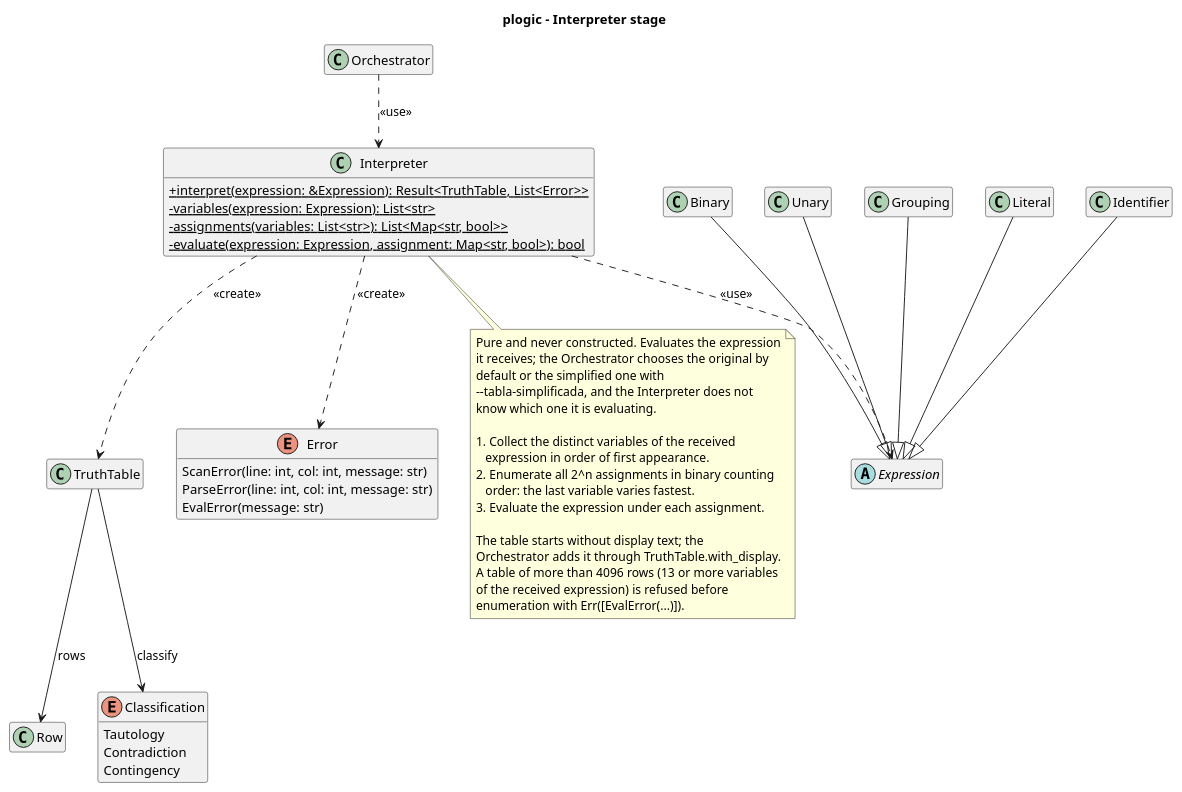
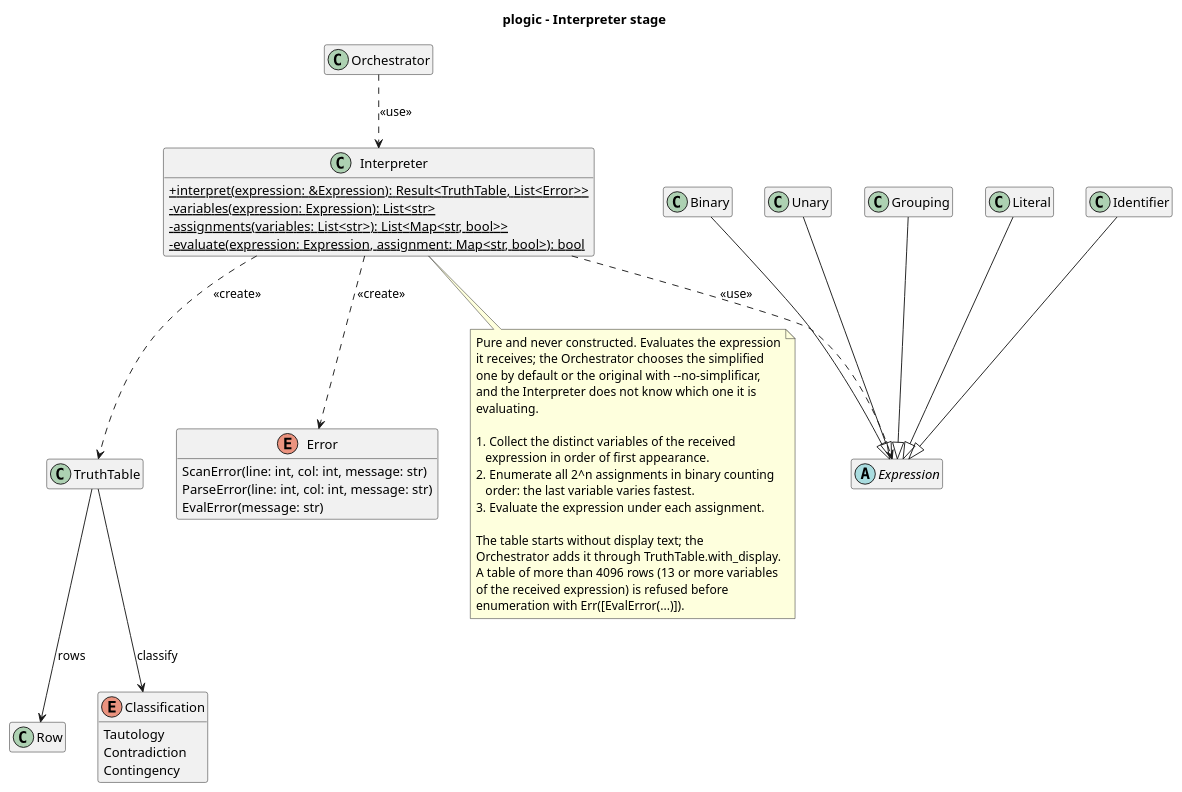
One commit to Josgtg/plogic changed the diagram in design/diagrams/interpreter_class.puml. Above: the diagram before and after it, drawn with PlantUML. The commit also changed 14 other files, not shown here.

Commit message:
design: document simplified-by-default tables and the new flags

```diff
--- a/design/diagrams/interpreter_class.puml
+++ b/design/diagrams/interpreter_class.puml
@@ -1,78 +1,78 @@
 @startuml interpreter_class
 title plogic - Interpreter stage
 
 skinparam classAttributeIconSize 0
 hide empty members
 
 class Orchestrator
 
 class Interpreter {
   +{static} interpret(expression: &Expression): Result<TruthTable, List<Error>>
   -{static} variables(expression: Expression): List<str>
   -{static} assignments(variables: List<str>): List<Map<str, bool>>
   -{static} evaluate(expression: Expression, assignment: Map<str, bool>): bool
 }
 
 abstract class Expression
 
 class Binary
 
 class Unary
 
 class Grouping
 
 class Literal
 
 class Identifier
 
 class TruthTable
 
 class Row
 
 enum Classification {
   Tautology
   Contradiction
   Contingency
 }
 
 enum Error {
   ScanError(line: int, col: int, message: str)
   ParseError(line: int, col: int, message: str)
   EvalError(message: str)
 }
 
 note bottom of Interpreter
   Pure and never constructed. Evaluates the expression
-  it receives; the Orchestrator chooses the original by
-  default or the simplified one with
-  --tabla-simplificada, and the Interpreter does not
-  know which one it is evaluating.
+  it receives; the Orchestrator chooses the simplified
+  one by default or the original with --no-simplificar,
+  and the Interpreter does not know which one it is
+  evaluating.
 
   1. Collect the distinct variables of the received
      expression in order of first appearance.
   2. Enumerate all 2^n assignments in binary counting
      order: the last variable varies fastest.
   3. Evaluate the expression under each assignment.
 
   The table starts without display text; the
   Orchestrator adds it through TruthTable.with_display.
   A table of more than 4096 rows (13 or more variables
   of the received expression) is refused before
   enumeration with Err([EvalError(...)]).
 end note
 
 Orchestrator ..> Interpreter : <<use>>
 Interpreter ..> Expression : <<use>>
 Interpreter ..> TruthTable : <<create>>
 Interpreter ..> Error : <<create>>
 
 TruthTable --> Row : rows
 TruthTable --> Classification : classify
 
 Binary --|> Expression
 Unary --|> Expression
 Grouping --|> Expression
 Literal --|> Expression
 Identifier --|> Expression
 
 @enduml
```
